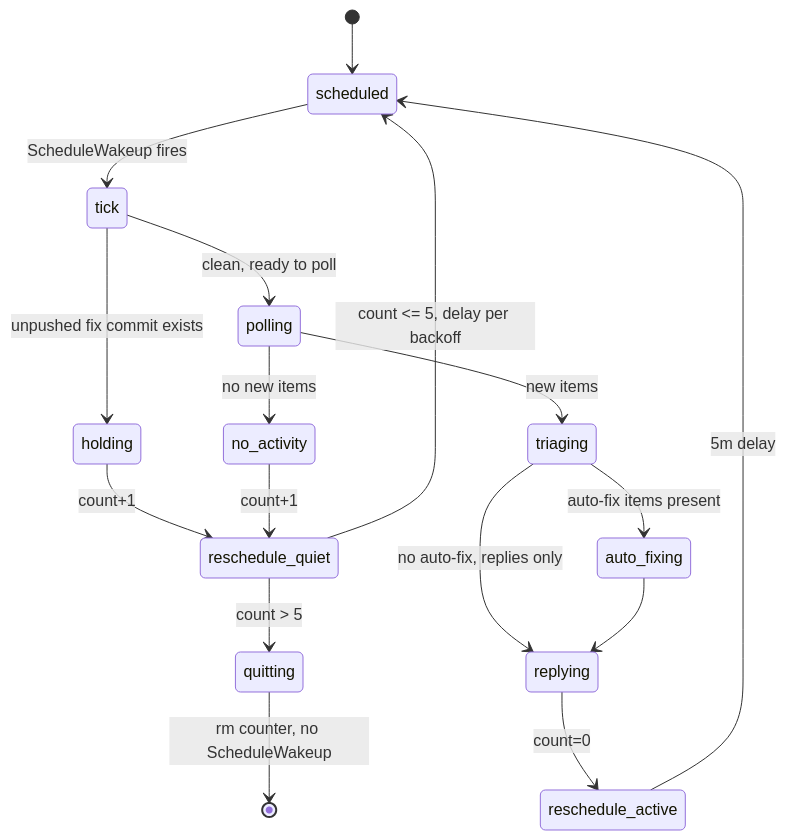
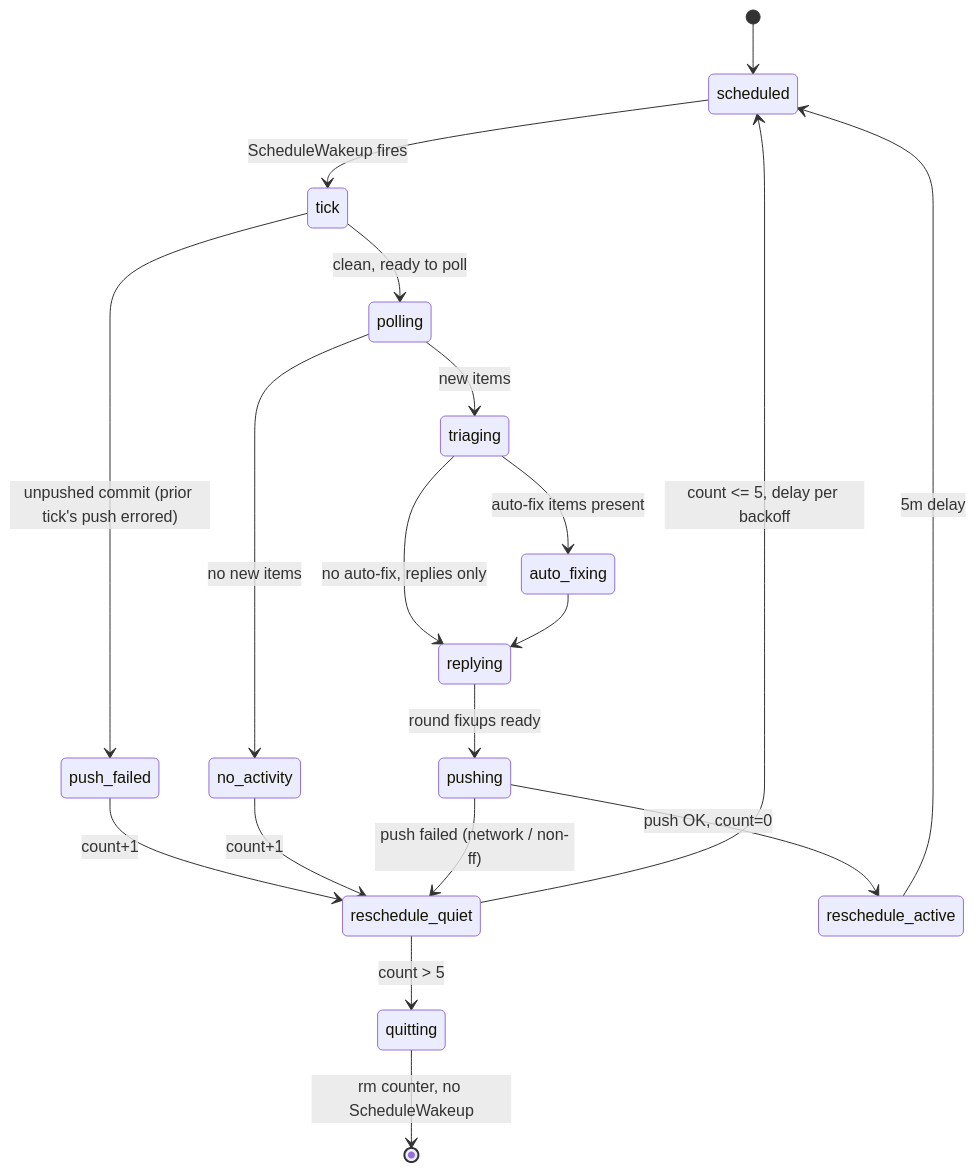
The second of 2 diagrams in doc/workflow.md (cmk/connections), drawn with Mermaid before and after one commit. The commit also changed other lines of this file and 52 other files, not shown here.

````diff
--- a/doc/workflow.md
+++ b/doc/workflow.md
@@ -78,19 +131,21 @@
 ```mermaid
 stateDiagram-v2
     [*] --> scheduled
     scheduled --> tick: ScheduleWakeup fires
-    tick --> holding: unpushed fix commit exists
+    tick --> push_failed: unpushed commit (prior tick's push errored)
     tick --> polling: clean, ready to poll
-    holding --> reschedule_quiet: count+1
+    push_failed --> reschedule_quiet: count+1
     polling --> no_activity: no new items
     polling --> triaging: new items
     no_activity --> reschedule_quiet: count+1
     triaging --> auto_fixing: auto-fix items present
     triaging --> replying: no auto-fix, replies only
     auto_fixing --> replying
-    replying --> reschedule_active: count=0
+    replying --> pushing: round fixups ready
+    pushing --> reschedule_active: push OK, count=0
+    pushing --> reschedule_quiet: push failed (network / non-ff)
     reschedule_quiet --> quitting: count > 5
     reschedule_quiet --> scheduled: count <= 5, delay per backoff
     reschedule_active --> scheduled: 5m delay
     quitting --> [*]: rm counter, no ScheduleWakeup
 ```
````
